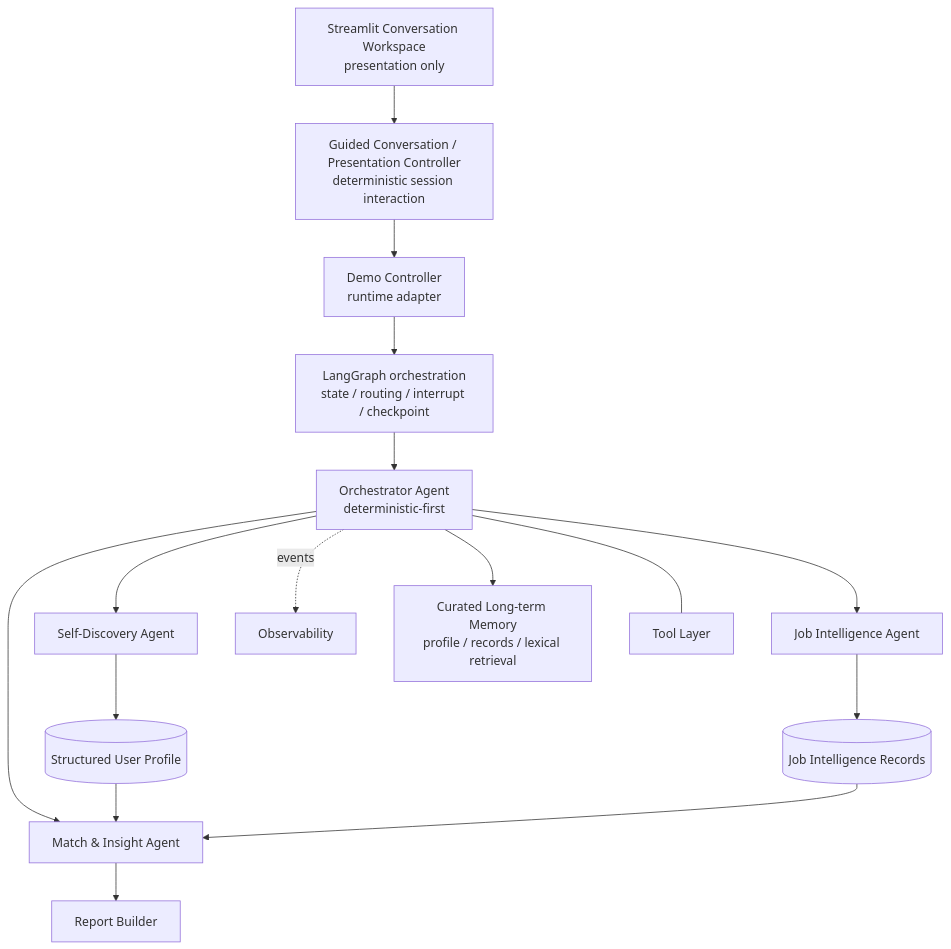
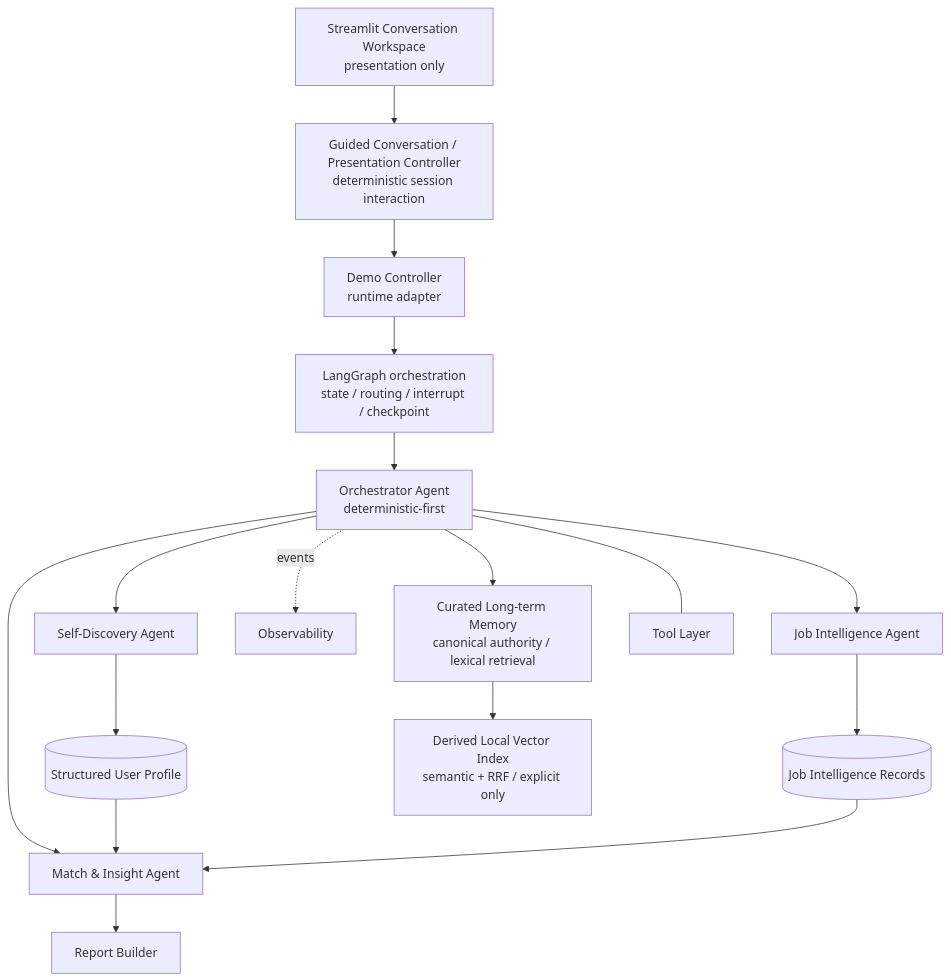
Before and after one commit to wangzch337-max/orange-career-agent: the diagram in README.md, drawn with Mermaid. The commit also changed other lines of this file and 25 other files, not shown here.

Commit message:
feat: add semantic hybrid memory retrieval

````diff
--- a/README.md
+++ b/README.md
@@ -35,18 +35,19 @@
 ```mermaid
 flowchart TD
     UI[Streamlit Conversation Workspace<br/>presentation only] --> GC[Guided Conversation / Presentation Controller<br/>deterministic session interaction]
     GC --> DC[Demo Controller<br/>runtime adapter]
     DC --> LG[LangGraph orchestration<br/>state / routing / interrupt / checkpoint]
     LG --> O[Orchestrator Agent<br/>deterministic-first]
     O --> S[Self-Discovery Agent]
     O --> J[Job Intelligence Agent]
     O --> M[Match & Insight Agent]
     S --> P[(Structured User Profile)]
     J --> R[(Job Intelligence Records)]
     P --> M
     R --> M
     M --> B[Report Builder]
     O -. events .-> OBS[Observability]
-    O --> MEM[Curated Long-term Memory<br/>profile / records / lexical retrieval]
+    O --> MEM[Curated Long-term Memory<br/>canonical authority / lexical retrieval]
+    MEM --> VEC[Derived Local Vector Index<br/>semantic + RRF / explicit only]
     O --- T[Tool Layer]
 ```
````
